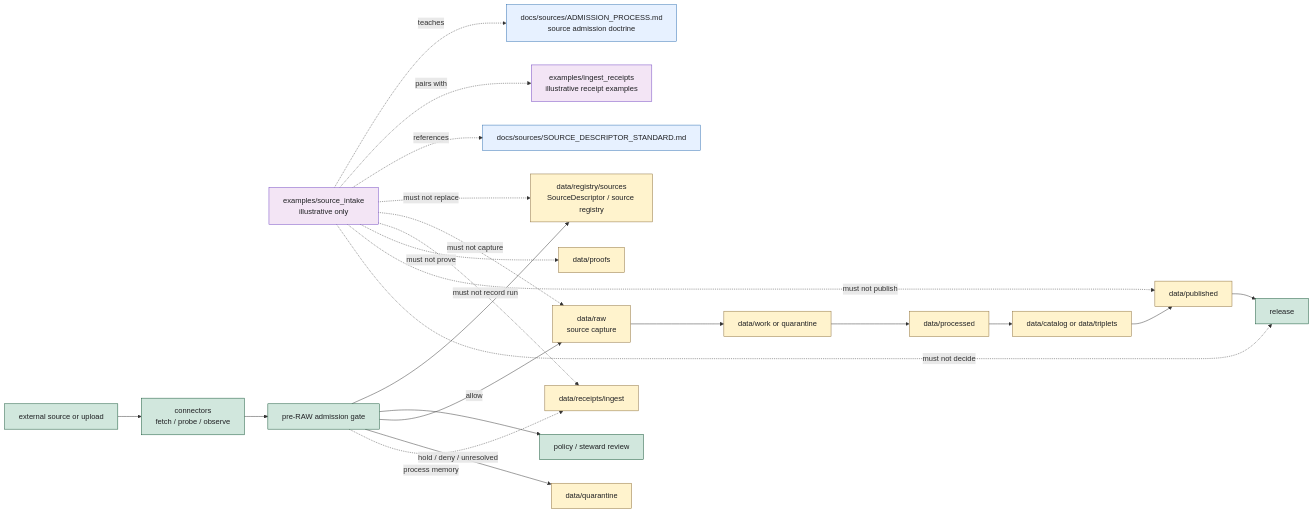
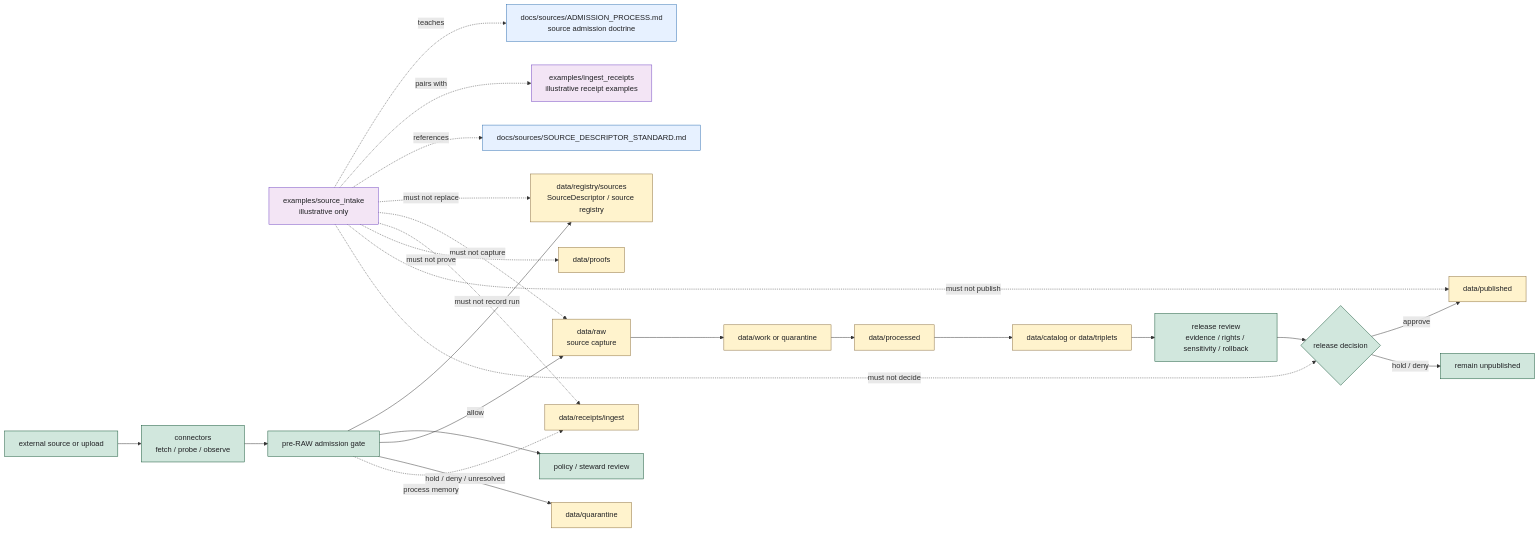
One commit to bartytime4life/Kansas-Frontier-Matrix changed the diagram in examples/source_intake/README.md. Above: the diagram before and after it, drawn with Mermaid. The commit also changed other lines of this file, not shown here.

````diff
--- a/examples/source_intake/README.md
+++ b/examples/source_intake/README.md
@@ -213,35 +231,37 @@
 ```mermaid
 flowchart LR
     EX["examples/source_intake<br/>illustrative only"] -. "teaches" .-> ADMIT["docs/sources/ADMISSION_PROCESS.md<br/>source admission doctrine"]
     EX -. "pairs with" .-> IREX["examples/ingest_receipts<br/>illustrative receipt examples"]
     EX -. "references" .-> SDS["docs/sources/SOURCE_DESCRIPTOR_STANDARD.md"]
 
     EXT["external source or upload"] --> CON["connectors<br/>fetch / probe / observe"]
     CON --> PRE["pre-RAW admission gate"]
     PRE --> REG["data/registry/sources<br/>SourceDescriptor / source registry"]
     PRE --> POL["policy / steward review"]
     PRE -->|"allow"| RAW["data/raw<br/>source capture"]
     PRE -->|"hold / deny / unresolved"| QUAR["data/quarantine"]
     PRE -. "process memory" .-> REC["data/receipts/ingest"]
     RAW --> WORK["data/work or quarantine"]
     WORK --> PROC["data/processed"]
     PROC --> CAT["data/catalog or data/triplets"]
-    CAT --> PUB["data/published"]
-    PUB --> REL["release"]
+    CAT --> RREV["release review<br/>evidence / rights / sensitivity / rollback"]
+    RREV --> RDEC{"release decision"}
+    RDEC -->|"approve"| PUB["data/published"]
+    RDEC -->|"hold / deny"| STOP["remain unpublished"]
 
     EX -. "must not replace" .-> REG
     EX -. "must not capture" .-> RAW
     EX -. "must not record run" .-> REC
     EX -. "must not prove" .-> PROOF["data/proofs"]
     EX -. "must not publish" .-> PUB
-    EX -. "must not decide" .-> REL
+    EX -. "must not decide" .-> RDEC
 
     classDef example fill:#f3e5f5,stroke:#6f42c1,color:#202124;
     classDef doc fill:#e7f1ff,stroke:#2b6cb0,color:#202124;
     classDef data fill:#fff3cd,stroke:#8a6d3b,color:#202124;
     classDef gate fill:#d1e7dd,stroke:#0f5132,color:#202124;
     class EX,IREX example;
     class ADMIT,SDS doc;
     class RAW,QUAR,REC,WORK,PROC,CAT,PUB,REG,PROOF data;
-    class EXT,CON,PRE,POL,REL gate;
+    class EXT,CON,PRE,POL,RREV,RDEC,STOP gate;
 ```
````
